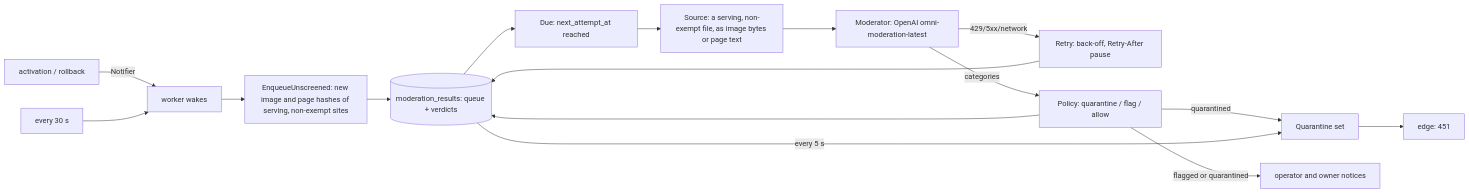
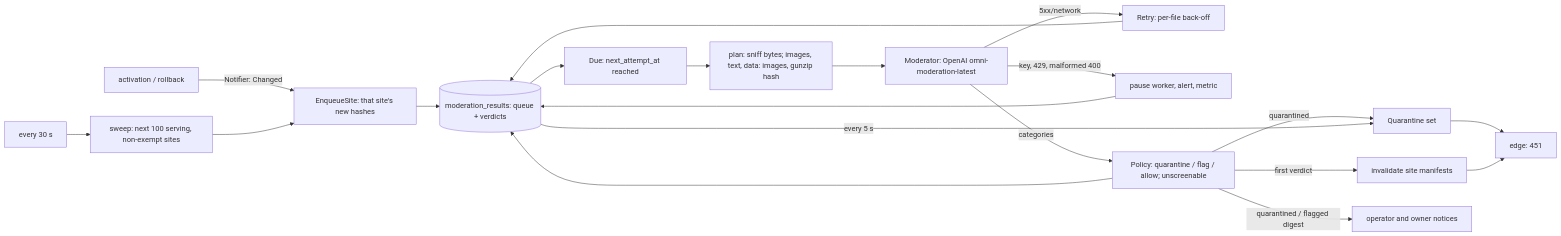
The fifth of 7 diagrams in docs/ARCHITECTURE.md (CubieCode/wardlock), drawn with Mermaid before and after one commit. The commit also changed other lines of this file and 35 other files, not shown here.

````diff
--- a/docs/ARCHITECTURE.md
+++ b/docs/ARCHITECTURE.md
@@ -586,17 +588,20 @@
 ```mermaid
 flowchart LR
-  ACT[activation / rollback] -->|Notifier| WAKE[worker wakes]
-  TICK[every 30 s] --> WAKE
-  WAKE --> ENQ[EnqueueUnscreened: new image and page hashes of serving, non-exempt sites]
+  ACT[activation / rollback] -->|Notifier: Changed| ENQ[EnqueueSite: that site's new hashes]
+  TICK[every 30 s] --> SWEEP[sweep: next 100 serving, non-exempt sites]
+  SWEEP --> ENQ
   ENQ --> Q[(moderation_results: queue + verdicts)]
   Q --> DUE[Due: next_attempt_at reached]
-  DUE --> SRC[Source: a serving, non-exempt file, as image bytes or page text]
-  SRC --> MOD[Moderator: OpenAI omni-moderation-latest]
-  MOD -->|429/5xx/network| RETRY[Retry: back-off, Retry-After pause]
+  DUE --> PLAN[plan: sniff bytes; images, text, data: images, gunzip hash]
+  PLAN --> MOD[Moderator: OpenAI omni-moderation-latest]
+  MOD -->|5xx/network| RETRY[Retry: per-file back-off]
+  MOD -->|key, 429, malformed 400| PAUSE[pause worker, alert, metric]
   RETRY --> Q
-  MOD -->|categories| POL[Policy: quarantine / flag / allow]
+  PAUSE --> Q
+  MOD -->|categories| POL[Policy: quarantine / flag / allow; unscreenable]
   POL --> Q
   POL -->|quarantined| QS[Quarantine set] --> EDGE[edge: 451]
-  POL -->|flagged or quarantined| MAIL[operator and owner notices]
+  POL -->|first verdict| INV[invalidate site manifests] --> EDGE
+  POL -->|quarantined / flagged digest| MAIL[operator and owner notices]
   Q -->|every 5 s| QS
 ```
````
